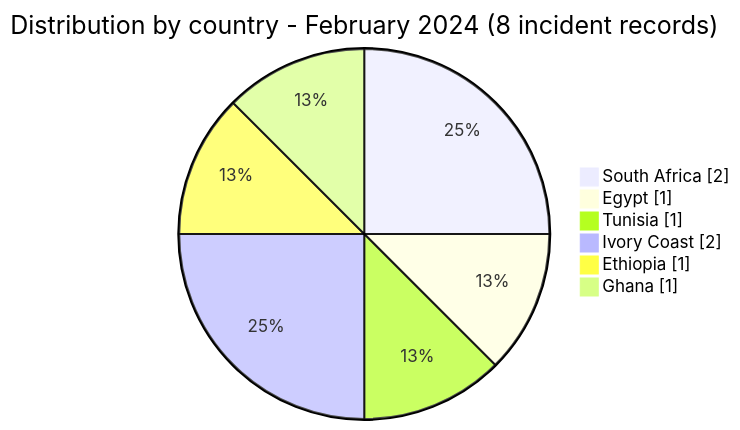
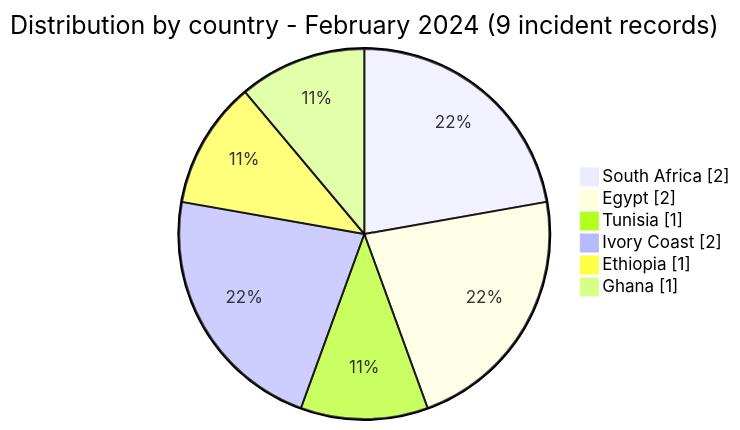
The second of 5 diagrams in CyberAttackAfrica/2024/02-february/README.md (Hatchepsoute/AFRINTEL), drawn with Mermaid before and after one commit. The commit also changed other lines of this file and 17 other files, not shown here.

````diff
--- a/CyberAttackAfrica/2024/02-february/README.md
+++ b/CyberAttackAfrica/2024/02-february/README.md
@@ -67,10 +69,10 @@
 ```mermaid
 pie showData
-    title Distribution by country - February 2024 (8 incident records)
+    title Distribution by country - February 2024 (9 incident records)
     "South Africa" : 2
-    "Egypt" : 1
+    "Egypt" : 2
     "Tunisia" : 1
     "Ivory Coast" : 2
     "Ethiopia" : 1
     "Ghana" : 1
 ```
````
